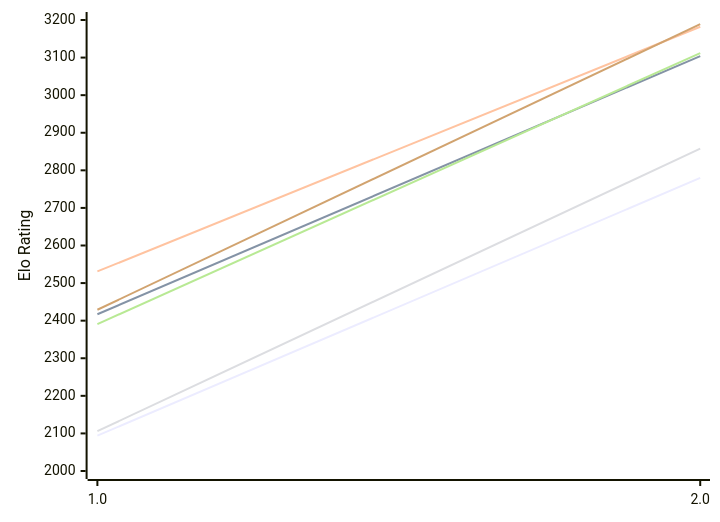
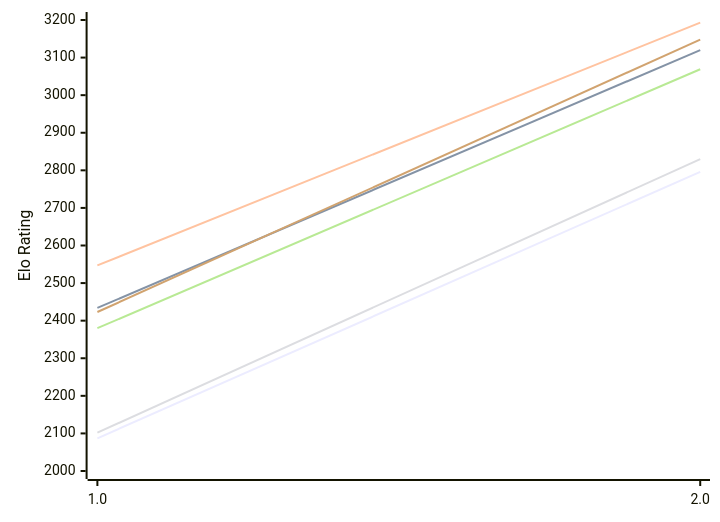
Before and after one commit to computer-chess-index/cci: the diagram in engines/Scarlet.md, drawn with Mermaid. The commit also changed other lines of this file, not shown here.

Commit message:
Update CCI Ratings (ELO VLTC) - 2026-11-14

````diff
--- a/engines/Scarlet.md
+++ b/engines/Scarlet.md
@@ -49,12 +49,12 @@
 ```mermaid
 %%{init: {"theme":"base","themeVariables":{"seriesColors:['#a3a3a3','#222221','#faa371']}}}%%
 xychart-beta
   x-axis ["1.0", "2.0"]
   y-axis "Elo Rating" 2000 --> 3200
-  line "E1: STC (8.0+0.08s)" [2094, 2780]
-  line "E1: LTC (60.0+0.60s)" [2417, 3104]
-  line "E1: VLTC (2m24s+1.12s)" [2531, 3182]
-  line "P1: STC (8.0+0.08s)" [2106, 2858]
-  line "P1: LTC (60.0+0.60s)" [2391, 3112]
-  line "P1: VLTC (2m24s+1.12s)" [2429, 3189]
+  line "E1: STC (8.0+0.08s)" [2087, 2796]
+  line "E1: LTC (60.0+0.60s)" [2434, 3120]
+  line "E1: VLTC (2m24s+1.12s)" [2547, 3193]
+  line "P1: STC (8.0+0.08s)" [2102, 2830]
+  line "P1: LTC (60.0+0.60s)" [2380, 3069]
+  line "P1: VLTC (2m24s+1.12s)" [2423, 3148]
 ```
````
